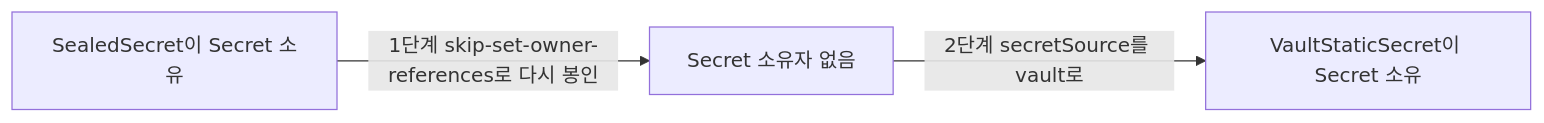
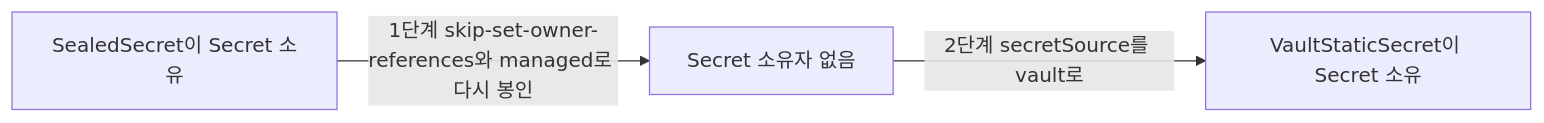
The second of 3 diagrams in docs/start/hashicorp-vault-실전-가이드-3-vso와-sealed-secrets-이전/index.md (kenshin579/blog-v2.advenoh.pe.kr), drawn with Mermaid before and after one commit. The commit also changed other lines of this file, not shown here.

````diff
--- a/docs/start/hashicorp-vault-실전-가이드-3-vso와-sealed-secrets-이전/index.md
+++ b/docs/start/hashicorp-vault-실전-가이드-3-vso와-sealed-secrets-이전/index.md
@@ -234,5 +267,5 @@
 ```mermaid
 flowchart LR
-    A[SealedSecret이 Secret 소유] -->|1단계 skip-set-owner-references로 다시 봉인| B[Secret 소유자 없음]
+    A[SealedSecret이 Secret 소유] -->|1단계 skip-set-owner-references와 managed로 다시 봉인| B[Secret 소유자 없음]
     B -->|2단계 secretSource를 vault로| C[VaultStaticSecret이 Secret 소유]
 ```
````
